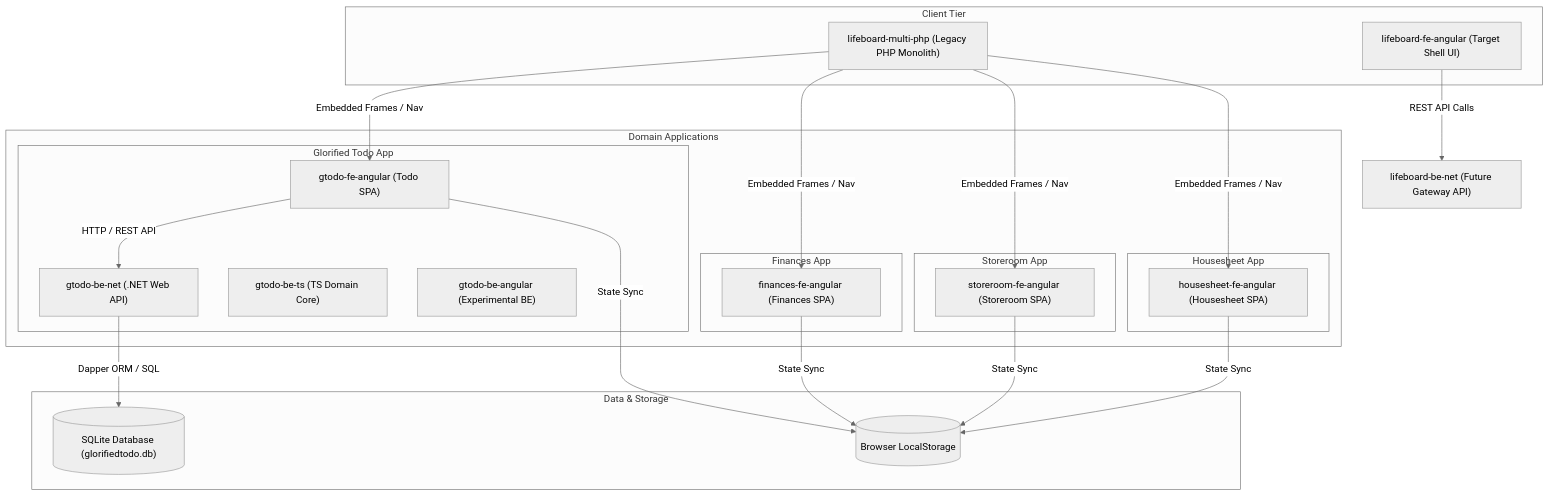
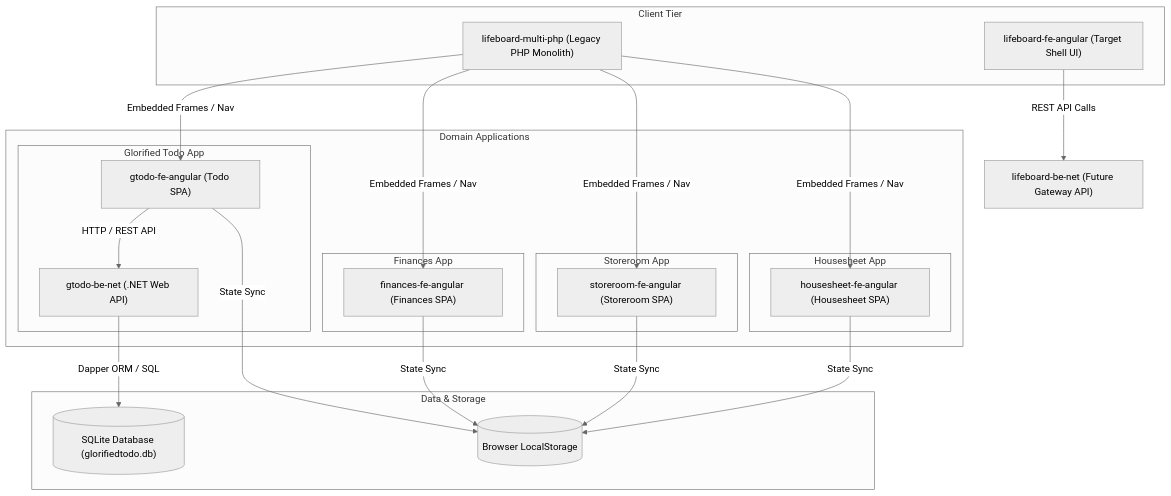
The diagram in docs/ARCHITECTURE.md (G3Labz/lifeboard), drawn with Mermaid (neutral theme) before and after one commit. The commit also changed other lines of this file and 2 other files, not shown here.

Commit message:
feat: update {projectName}-fe-angular submodules and system architecture

````diff
--- a/docs/ARCHITECTURE.md
+++ b/docs/ARCHITECTURE.md
@@ -38,48 +36,46 @@
 ```mermaid
 graph TD
     subgraph Client Tier
         L_FE["lifeboard-fe-angular (Target Shell UI)"]
         L_PHP["lifeboard-multi-php (Legacy PHP Monolith)"]
     end
 
     subgraph Domain Applications
         subgraph Finances App
             FIN_FE["finances-fe-angular (Finances SPA)"]
         end
 
         subgraph Storeroom App
             STO_FE["storeroom-fe-angular (Storeroom SPA)"]
         end
 
         subgraph Housesheet App
             HOU_FE["housesheet-fe-angular (Housesheet SPA)"]
         end
 
         subgraph Glorified Todo App
             GT_FE["gtodo-fe-angular (Todo SPA)"]
             GT_BENET["gtodo-be-net (.NET Web API)"]
-            GT_BETS["gtodo-be-ts (TS Domain Core)"]
-            GT_BEAN["gtodo-be-angular (Experimental BE)"]
         end
     end
 
     subgraph Data & Storage
         SQLITE_GT[("SQLite Database (glorifiedtodo.db)")]
         LOCAL_STORAGE[("Browser LocalStorage")]
     end
 
     L_PHP -->|Embedded Frames / Nav| FIN_FE
     L_PHP -->|Embedded Frames / Nav| STO_FE
     L_PHP -->|Embedded Frames / Nav| HOU_FE
     L_PHP -->|Embedded Frames / Nav| GT_FE
 
     L_FE -->|REST API Calls| L_BENET["lifeboard-be-net (Future Gateway API)"]
     
     GT_FE -->|HTTP / REST API| GT_BENET
     GT_FE -->|State Sync| LOCAL_STORAGE
     FIN_FE -->|State Sync| LOCAL_STORAGE
     STO_FE -->|State Sync| LOCAL_STORAGE
     HOU_FE -->|State Sync| LOCAL_STORAGE
 
     GT_BENET -->|Dapper ORM / SQL| SQLITE_GT
 ```
````
